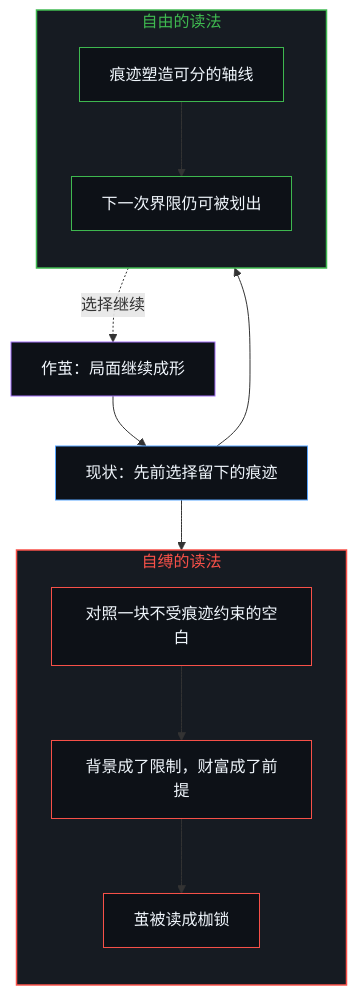
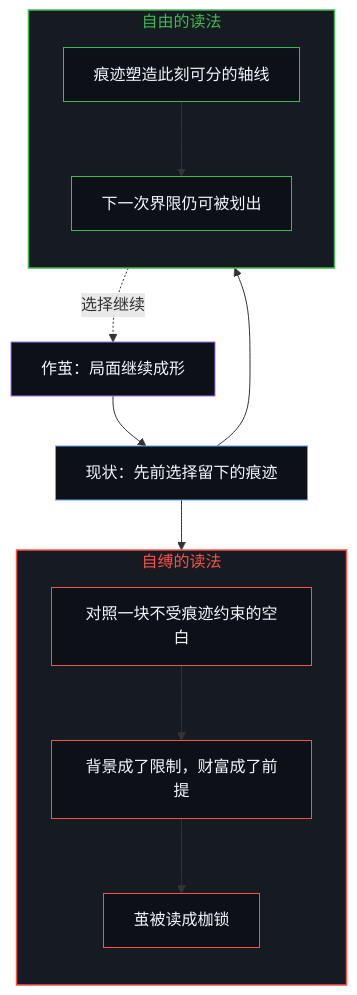
One commit to powerpig99/not-a-toe changed the first of 2 diagrams in content/posts/zuo-jian-bu-shi-zi-fu.md. Above: the diagram before and after it, drawn with Mermaid. The commit also changed other lines of this file and 2 other files, not shown here.

````diff
--- a/content/posts/zuo-jian-bu-shi-zi-fu.md
+++ b/content/posts/zuo-jian-bu-shi-zi-fu.md
@@ -25,29 +25,29 @@
 ```mermaid
 flowchart TD
     C["作茧：局面继续成形"]
     T["现状：先前选择留下的痕迹"]
     subgraph S_Free["自由的读法"]
         direction TB
-        F1["痕迹塑造可分的轴线"]
+        F1["痕迹塑造此刻可分的轴线"]
         F2["下一次界限仍可被划出"]
     end
     subgraph S_Chain["自缚的读法"]
         direction TB
         B1["对照一块不受痕迹约束的空白"]
         B2["背景成了限制，财富成了前提"]
         B3["茧被读成枷锁"]
     end
     C --> T
     T --> F1 --> F2
     T --> B1 --> B2 --> B3
     F2 -.->|"选择继续"| C
     style S_Free fill:#161b22,stroke:#3fb950,stroke-width:1.5px,color:#3fb950
     style S_Chain fill:#161b22,stroke:#f85149,stroke-width:1.5px,color:#f85149
     style C fill:#0d1117,stroke:#a371f7,stroke-width:1px,color:#f0f6fc
     style T fill:#0d1117,stroke:#58a6ff,stroke-width:1px,color:#f0f6fc
     style F1 fill:#0d1117,stroke:#3fb950,stroke-width:1px,color:#f0f6fc
     style F2 fill:#0d1117,stroke:#3fb950,stroke-width:1px,color:#f0f6fc
     style B1 fill:#0d1117,stroke:#f85149,stroke-width:1px,color:#f0f6fc
     style B2 fill:#0d1117,stroke:#f85149,stroke-width:1px,color:#f0f6fc
     style B3 fill:#0d1117,stroke:#f85149,stroke-width:1px,color:#f0f6fc
 ```
````
